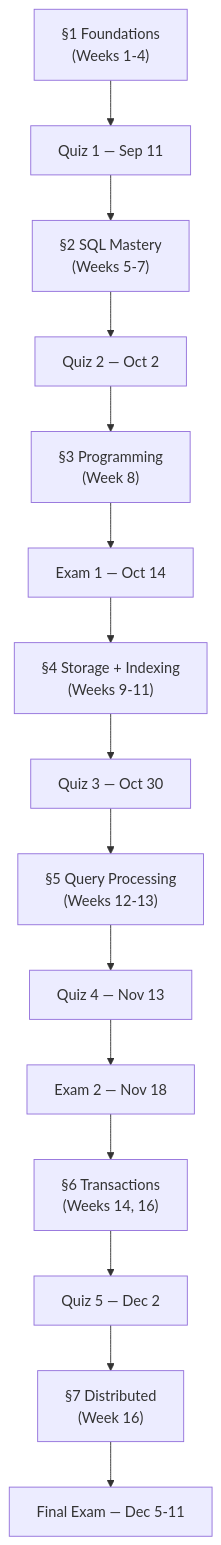
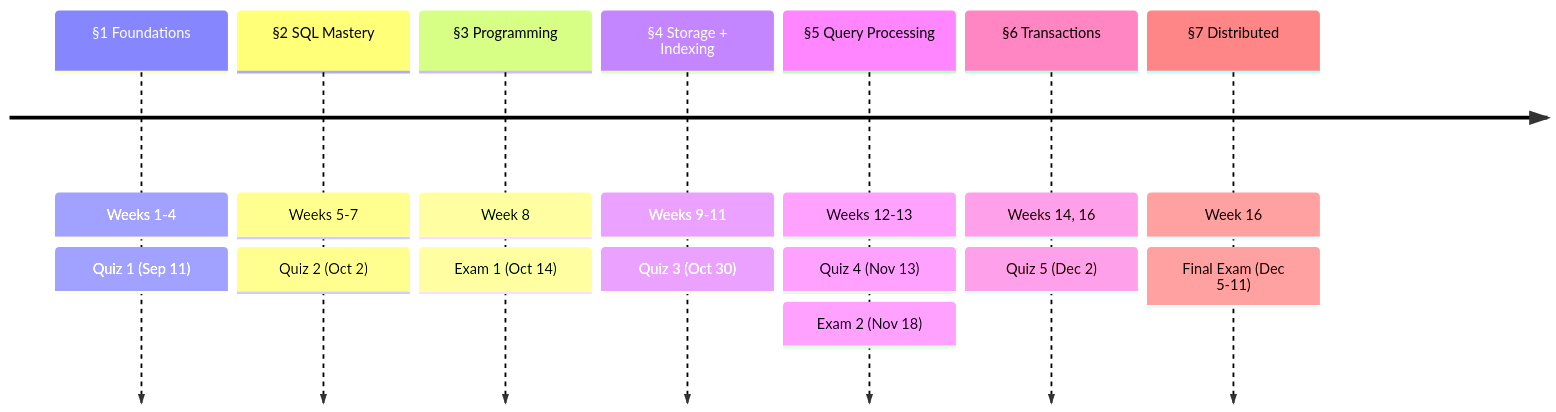
The third of 7 diagrams in lecture-outlines/day1-introduction/slides.md (ufdatastudio/cop5725fa26), drawn with Mermaid before and after one commit. The commit also changed other lines of this file, not shown here.

Commit message:
feat: convert day 1 semester overview to a mermaid timeline

````diff
--- a/lecture-outlines/day1-introduction/slides.md
+++ b/lecture-outlines/day1-introduction/slides.md
@@ -211,17 +211,10 @@
 ```mermaid
-graph TD
-  S1["§1 Foundations<br/>(Weeks 1-4)"] --> Q1["Quiz 1 — Sep 11"]
-  Q1 --> S2["§2 SQL Mastery<br/>(Weeks 5-7)"]
-  S2 --> Q2["Quiz 2 — Oct 2"]
-  Q2 --> S3["§3 Programming<br/>(Week 8)"]
-  S3 --> E1["Exam 1 — Oct 14"]
-  E1 --> S4["§4 Storage + Indexing<br/>(Weeks 9-11)"]
-  S4 --> Q3["Quiz 3 — Oct 30"]
-  Q3 --> S5["§5 Query Processing<br/>(Weeks 12-13)"]
-  S5 --> Q4["Quiz 4 — Nov 13"]
-  Q4 --> E2["Exam 2 — Nov 18"]
-  E2 --> S6["§6 Transactions<br/>(Weeks 14, 16)"]
-  S6 --> Q5["Quiz 5 — Dec 2"]
-  Q5 --> S7["§7 Distributed<br/>(Week 16)"]
-  S7 --> EF["Final Exam — Dec 5-11"]
+timeline
+  §1 Foundations : Weeks 1-4 : Quiz 1 (Sep 11)
+  §2 SQL Mastery : Weeks 5-7 : Quiz 2 (Oct 2)
+  §3 Programming : Week 8 : Exam 1 (Oct 14)
+  §4 Storage + Indexing : Weeks 9-11 : Quiz 3 (Oct 30)
+  §5 Query Processing : Weeks 12-13 : Quiz 4 (Nov 13) : Exam 2 (Nov 18)
+  §6 Transactions : Weeks 14, 16 : Quiz 5 (Dec 2)
+  §7 Distributed : Week 16 : Final Exam (Dec 5-11)
 ```
````
